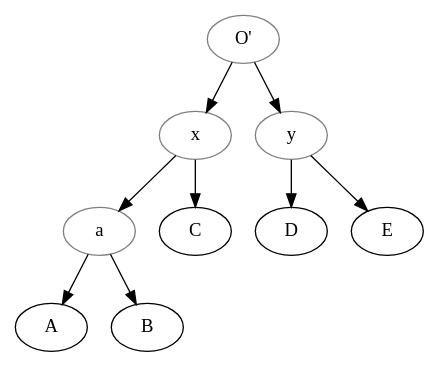
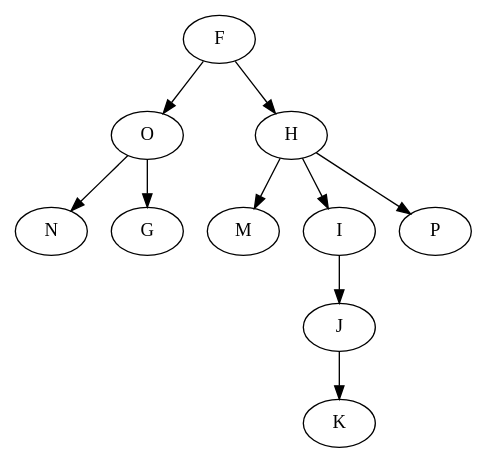
The diagram in data/fro/Chocheyras_1966_NA/stemma.gv (OpenStemmata/database), drawn with Graphviz before and after one commit. The commit also changed 65 other files, not shown here.

```diff
--- a/data/fro/Chocheyras_1966_NA/stemma.gv
+++ b/data/fro/Chocheyras_1966_NA/stemma.gv
@@ -1,14 +1,11 @@
 digraph {
-a[color="grey"];
-Oprime[label="O'", color="grey"];
-x[color="grey"];
-y[color="grey"];
-Oprime->x;
-x->a;
-a->A;
-a->B;
-x->C;
-Oprime->y;
-y->D;
-y->E;
+F->O;
+O->N;
+O->G;
+F->H;
+H->M;
+H->I;
+I->J;
+J->K;
+H->P;
 }
```
